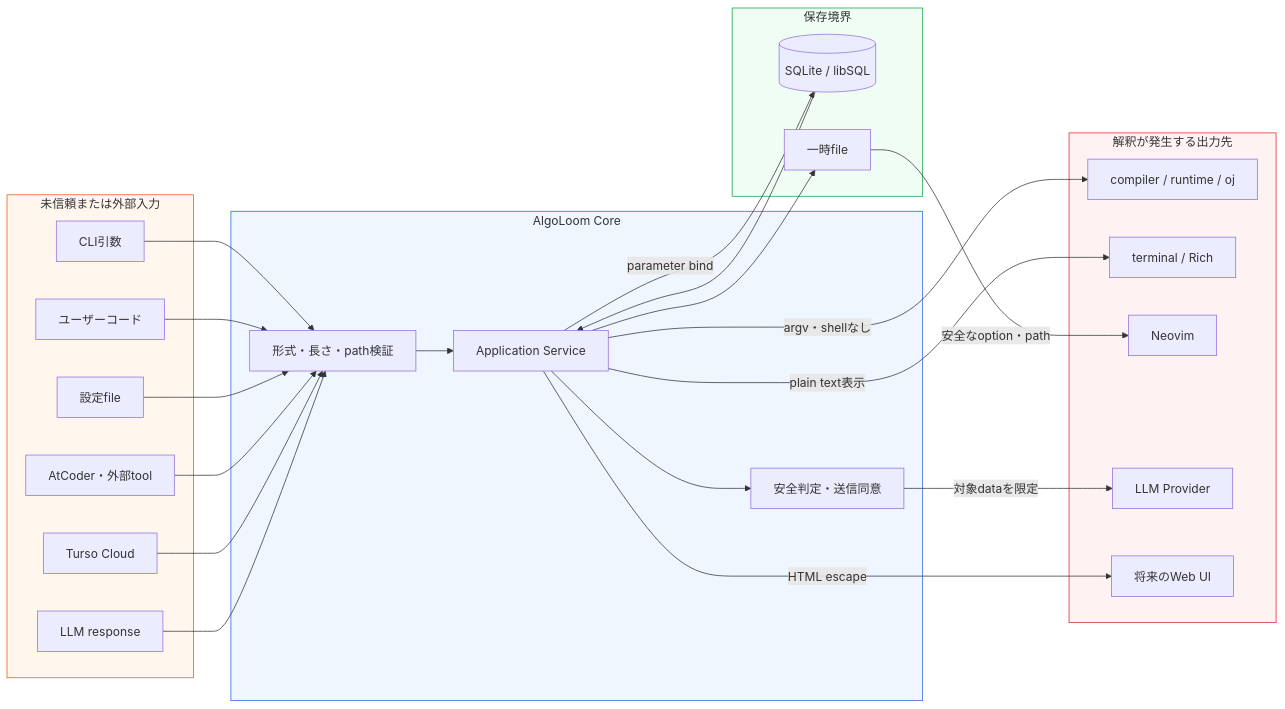
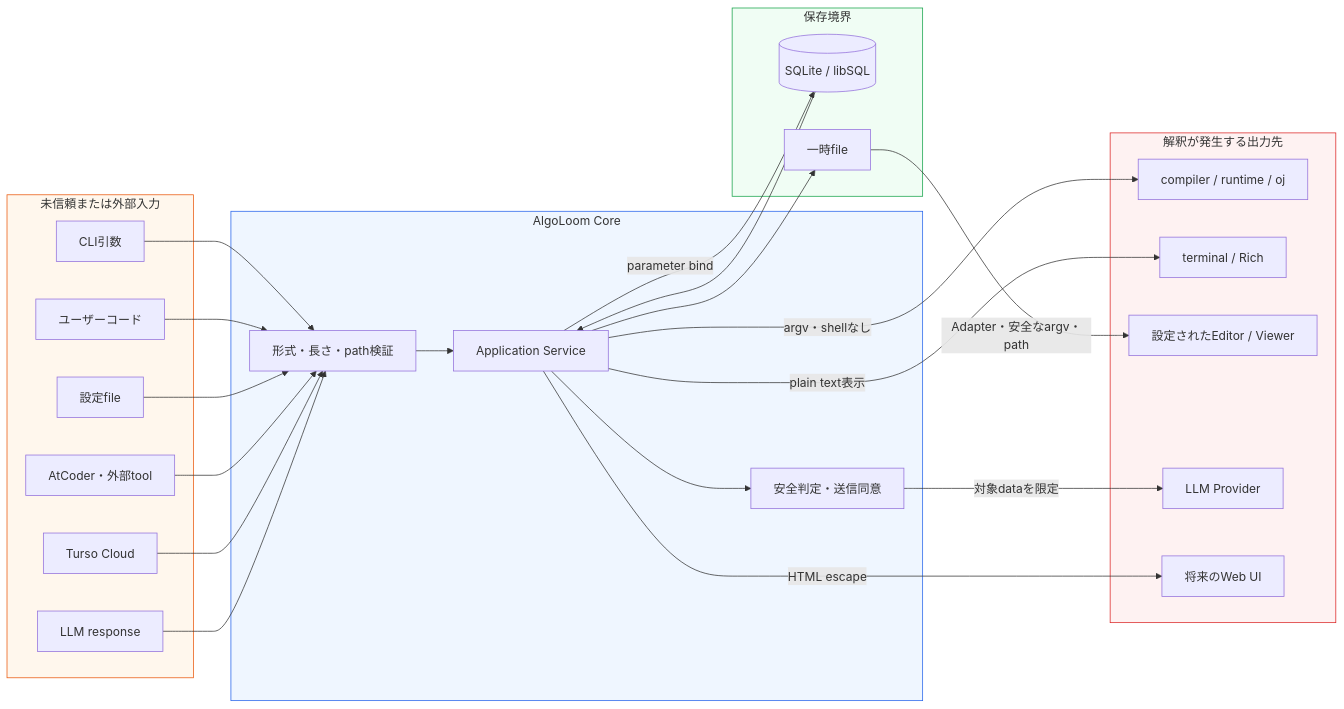
Before and after one commit to mgmaru/algo-loom: the first of 4 diagrams in design/security-design.md, drawn with Mermaid. The commit also changed other lines of this file, not shown here.

Commit message:
docs: generalize secure viewer integration

````diff
--- a/design/security-design.md
+++ b/design/security-design.md
@@ -163,52 +164,52 @@
 ```mermaid
 flowchart LR
     subgraph Inputs[未信頼または外部入力]
         CLI[CLI引数]
         SRC[ユーザーコード]
         CFG[設定file]
         EXT[AtCoder・外部tool]
         CLOUD[Turso Cloud]
         LLMR[LLM response]
     end
 
     subgraph Core[AlgoLoom Core]
         VALIDATE[形式・長さ・path検証]
         APP[Application Service]
         POLICY[安全判定・送信同意]
     end
 
     subgraph Storage[保存境界]
         DB[(SQLite / libSQL)]
         TEMP[一時file]
     end
 
     subgraph Sinks[解釈が発生する出力先]
         PROC[compiler / runtime / oj]
         TERM[terminal / Rich]
-        NVIM[Neovim]
+        VIEWER[設定されたEditor / Viewer]
         LLM[LLM Provider]
         WEB[将来のWeb UI]
     end
 
     CLI --> VALIDATE
     SRC --> VALIDATE
     CFG --> VALIDATE
     EXT --> VALIDATE
     CLOUD --> VALIDATE
     LLMR --> VALIDATE
     VALIDATE --> APP
     APP -->|parameter bind| DB
     DB --> APP
     APP --> TEMP
     APP -->|argv・shellなし| PROC
     APP -->|plain text表示| TERM
-    TEMP -->|安全なoption・path| NVIM
+    TEMP -->|Adapter・安全なargv・path| VIEWER
     APP --> POLICY
     POLICY -->|対象dataを限定| LLM
     APP -->|HTML escape| WEB
 
     style Inputs fill:#fff7ed,stroke:#ea580c
     style Core fill:#eff6ff,stroke:#2563eb
     style Storage fill:#f0fdf4,stroke:#16a34a
     style Sinks fill:#fef2f2,stroke:#dc2626
 ```
````
